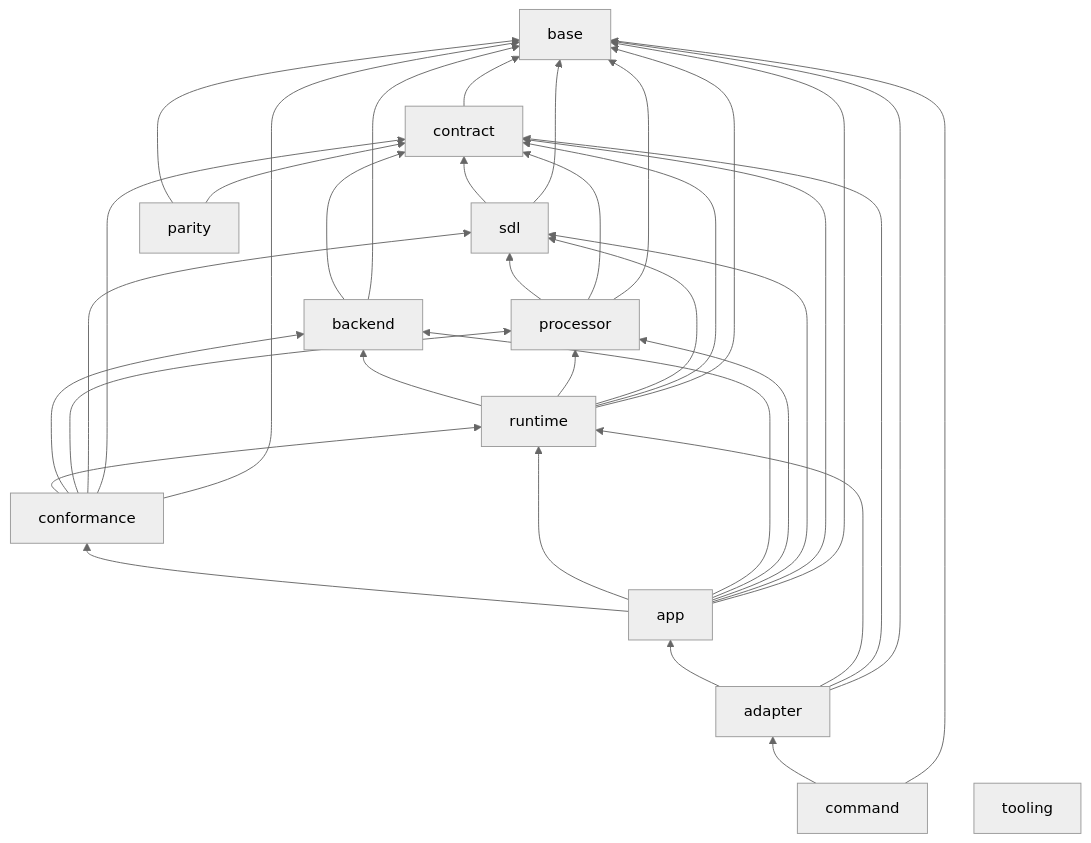
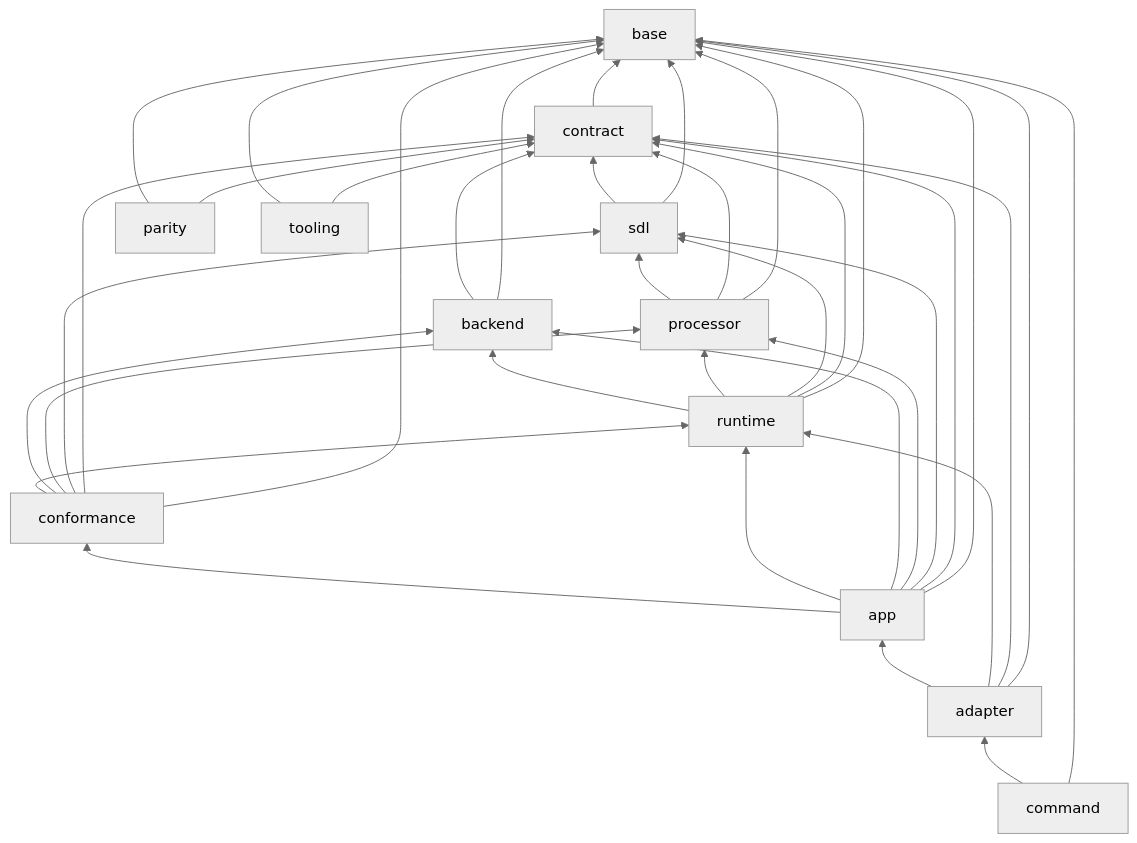
Before and after one commit to OpenRAE/rae: the third of 3 diagrams in docs/develop/go-architecture.md, drawn with Mermaid (neutral theme). The commit also changed other lines of this file and 14 other files, not shown here.

````diff
--- a/docs/develop/go-architecture.md
+++ b/docs/develop/go-architecture.md
@@ -211,49 +211,51 @@
 ```mermaid
 flowchart BT
     L0["base"]
     L1["contract"]
     L1 --> L0
     L2["sdl"]
     L2 --> L1
     L2 --> L0
     L3["processor"]
     L3 --> L2
     L3 --> L1
     L3 --> L0
     L4["backend"]
     L4 --> L1
     L4 --> L0
     L5["runtime"]
     L5 --> L4
     L5 --> L3
     L5 --> L2
     L5 --> L1
     L5 --> L0
     L6["conformance"]
     L6 --> L5
     L6 --> L4
     L6 --> L3
     L6 --> L2
     L6 --> L1
     L6 --> L0
     L7["app"]
     L7 --> L6
     L7 --> L5
     L7 --> L4
     L7 --> L3
     L7 --> L2
     L7 --> L1
     L7 --> L0
     L8["adapter"]
     L8 --> L7
     L8 --> L5
     L8 --> L1
     L8 --> L0
     L9["command"]
     L9 --> L8
     L9 --> L0
     L10["parity"]
     L10 --> L0
     L10 --> L1
     L11["tooling"]
+    L11 --> L0
+    L11 --> L1
 ```
````
